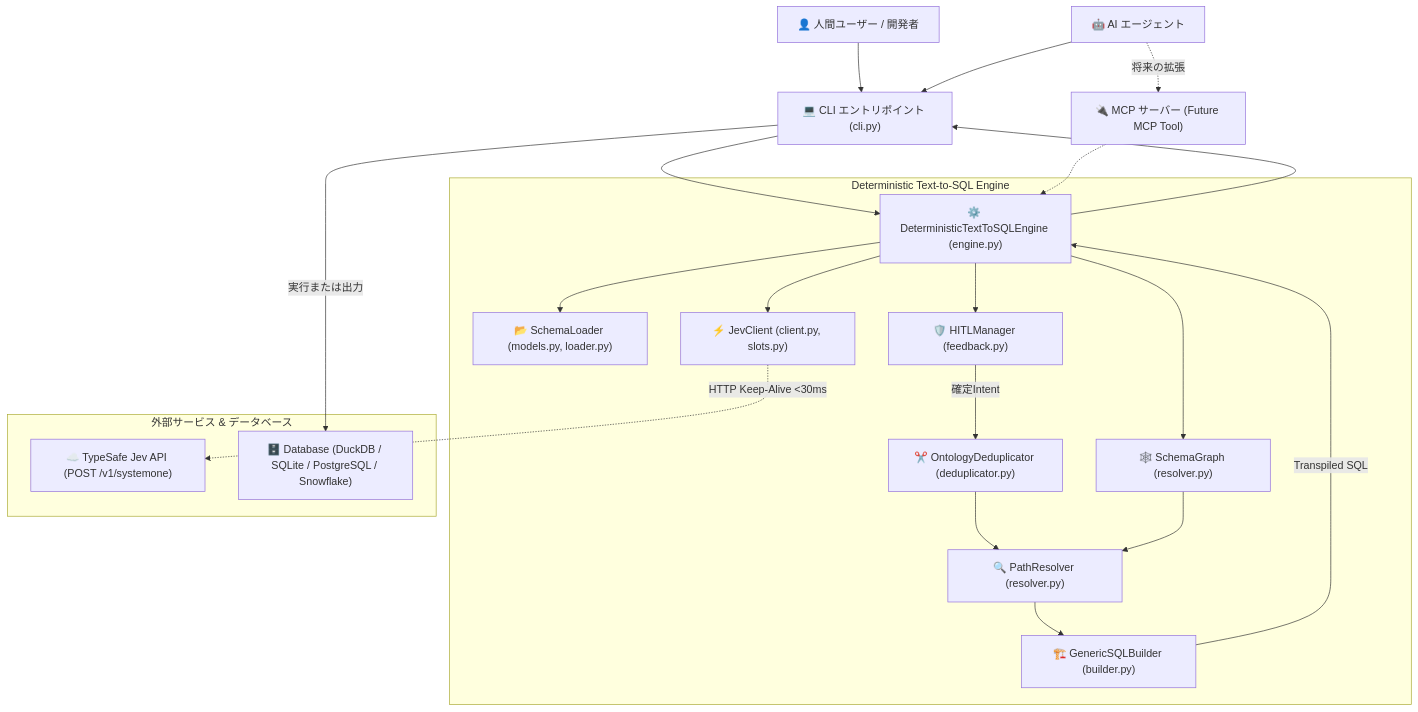
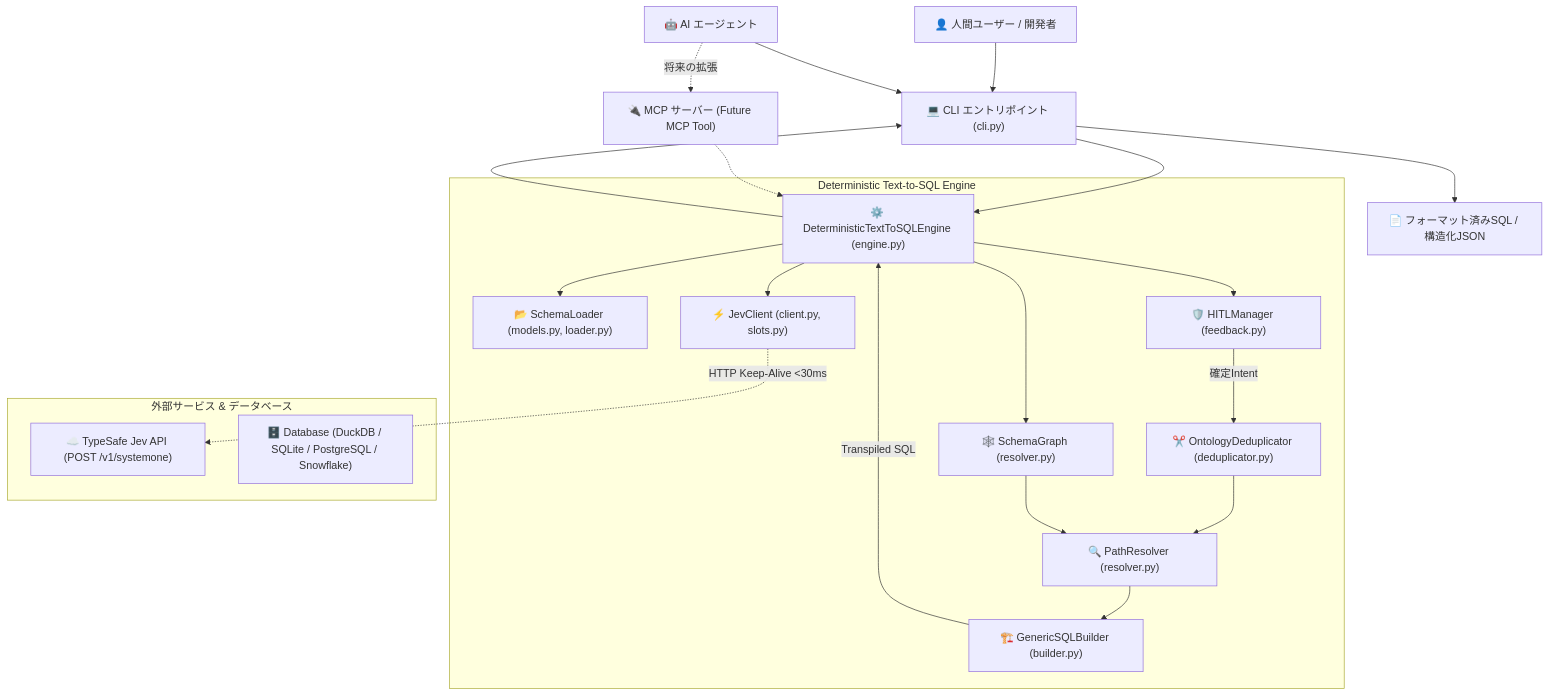
Before and after one commit to snaga/Deterministic-Text-to-SQL: the first of 4 diagrams in doc/design.md, drawn with Mermaid. The commit also changed other lines of this file, not shown here.

````diff
--- a/doc/design.md
+++ b/doc/design.md
@@ -127,32 +128,32 @@
 ```mermaid
 graph TD
     User["👤 人間ユーザー / 開発者"] --> CLI["💻 CLI エントリポイント (cli.py)"]
     Agent["🤖 AI エージェント"] --> CLI
     Agent -.->|将来の拡張| MCP["🔌 MCP サーバー (Future MCP Tool)"]
     
     CLI --> Engine["⚙️ DeterministicTextToSQLEngine (engine.py)"]
     MCP -.-> Engine
     
     subgraph CoreEngine ["Deterministic Text-to-SQL Engine"]
         Engine --> SchemaLoader["📂 SchemaLoader (models.py, loader.py)"]
         Engine --> SchemaGraph["🕸️ SchemaGraph (resolver.py)"]
         Engine --> JevClient["⚡ JevClient (client.py, slots.py)"]
         Engine --> HITL["🛡️ HITLManager (feedback.py)"]
         
         HITL -->|確定Intent| Deduplicator["✂️ OntologyDeduplicator (deduplicator.py)"]
         Deduplicator --> PathResolver["🔍 PathResolver (resolver.py)"]
         SchemaGraph --> PathResolver
         
         PathResolver --> SQLBuilder["🏗️ GenericSQLBuilder (builder.py)"]
     end
     
     subgraph External ["外部サービス & データベース"]
         JevAPI["☁️ TypeSafe Jev API (POST /v1/systemone)"]
         DB["🗄️ Database (DuckDB / SQLite / PostgreSQL / Snowflake)"]
     end
     
     JevClient -.->|HTTP Keep-Alive <30ms| JevAPI
     SQLBuilder -->|Transpiled SQL| Engine
     Engine --> CLI
-    CLI -->|実行または出力| DB
+    CLI --> Output["📄 フォーマット済みSQL / 構造化JSON"]
 ```
````
